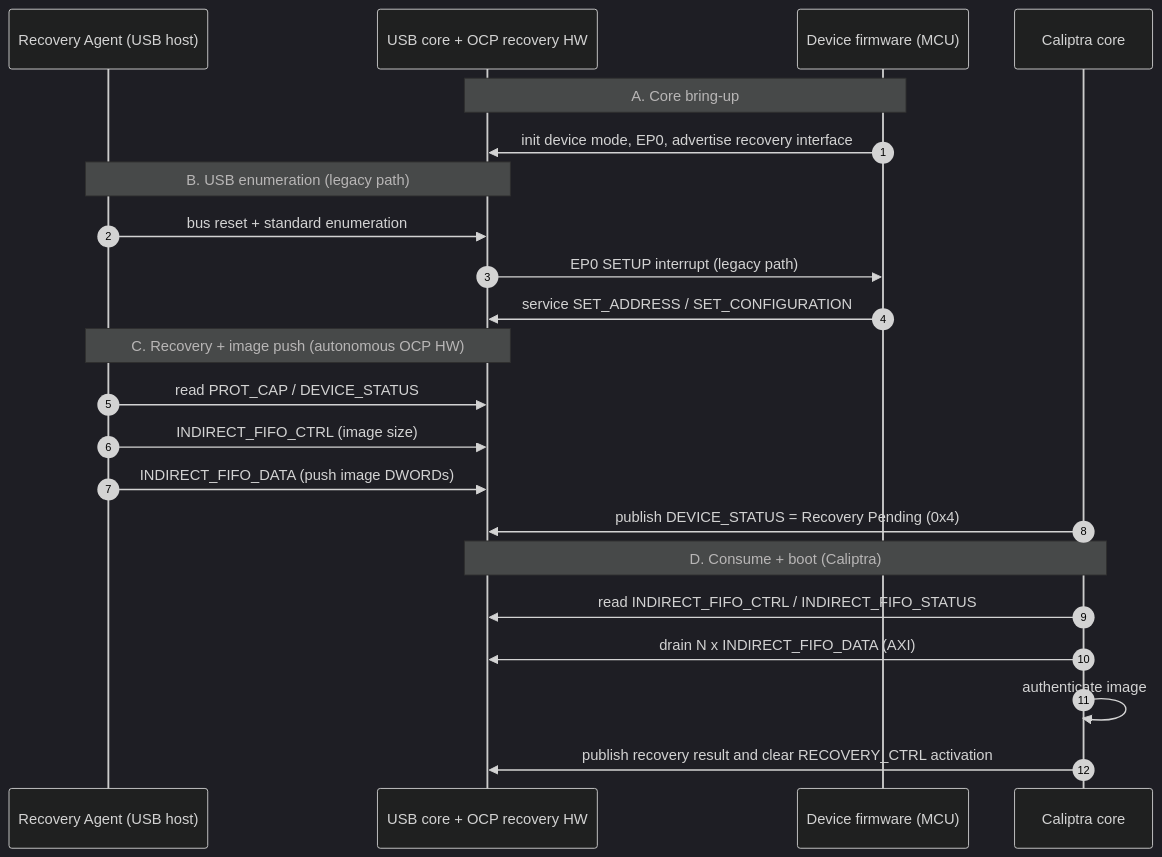
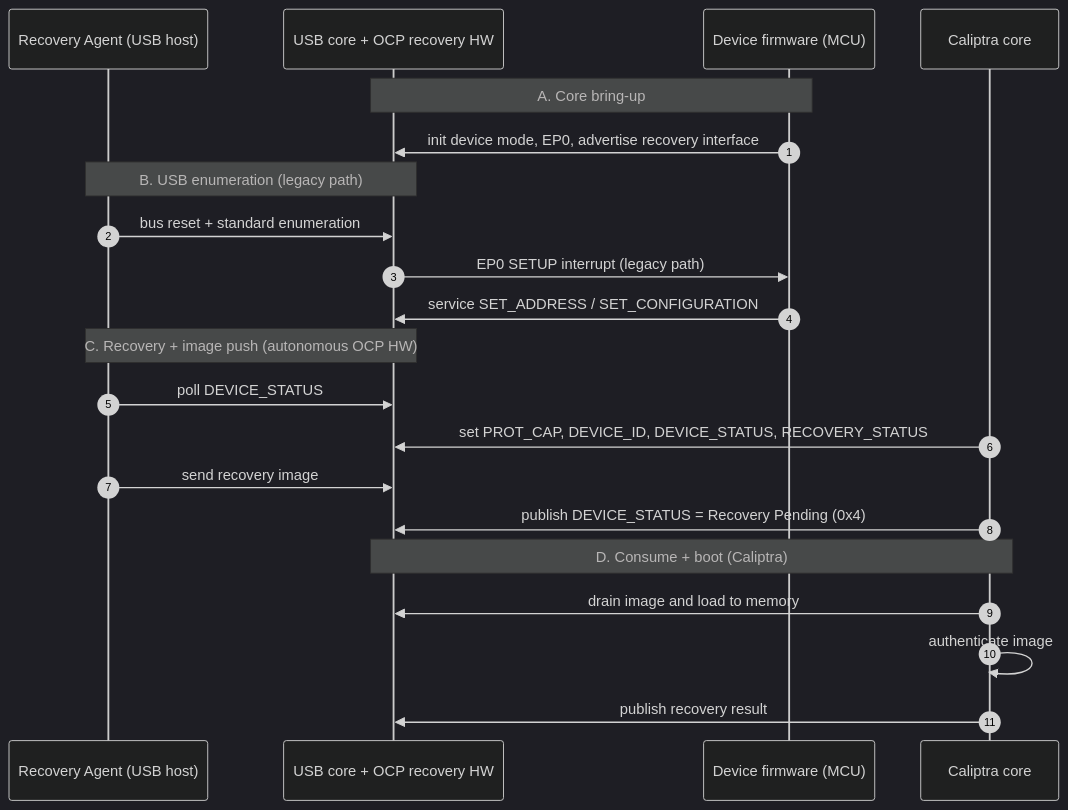
The first of 3 diagrams in docs/usb2_recovery_spec/README.md (chipsalliance/caliptra-ss), drawn with Mermaid (dark theme) before and after one commit. The commit also changed other lines of this file and 1 other file, not shown here.

Commit message:
redraw the uarch diagram as left-to-right, update stick diagrams with corrected sequencing

````diff
--- a/docs/usb2_recovery_spec/README.md
+++ b/docs/usb2_recovery_spec/README.md
@@ -55,25 +54,24 @@
 ```mermaid
 sequenceDiagram
     autonumber
     participant RA as Recovery Agent (USB host)
     participant HW as USB core + OCP recovery HW
     participant FW as Device firmware (MCU)
     participant CP as Caliptra core
 
     Note over FW,HW: A. Core bring-up
     FW->>HW: init device mode, EP0, advertise recovery interface
     Note over RA,HW: B. USB enumeration (legacy path)
     RA->>HW: bus reset + standard enumeration
     HW->>FW: EP0 SETUP interrupt (legacy path)
     FW->>HW: service SET_ADDRESS / SET_CONFIGURATION
     Note over RA,HW: C. Recovery + image push (autonomous OCP HW)
-    RA->>HW: read PROT_CAP / DEVICE_STATUS
-    RA->>HW: INDIRECT_FIFO_CTRL (image size)
-    RA->>HW: INDIRECT_FIFO_DATA (push image DWORDs)
+    RA->>HW: poll DEVICE_STATUS
+    CP->>HW: set PROT_CAP, DEVICE_ID, DEVICE_STATUS, RECOVERY_STATUS
+    RA->>HW: send recovery image
     CP->>HW: publish DEVICE_STATUS = Recovery Pending (0x4)
     Note over HW,CP: D. Consume + boot (Caliptra)
-    CP->>HW: read INDIRECT_FIFO_CTRL / INDIRECT_FIFO_STATUS
-    CP->>HW: drain N x INDIRECT_FIFO_DATA (AXI)
+    CP->>HW: drain image and load to memory
     CP->>CP: authenticate image
-    CP->>HW: publish recovery result and clear RECOVERY_CTRL activation
+    CP->>HW: publish recovery result
 ```
````
